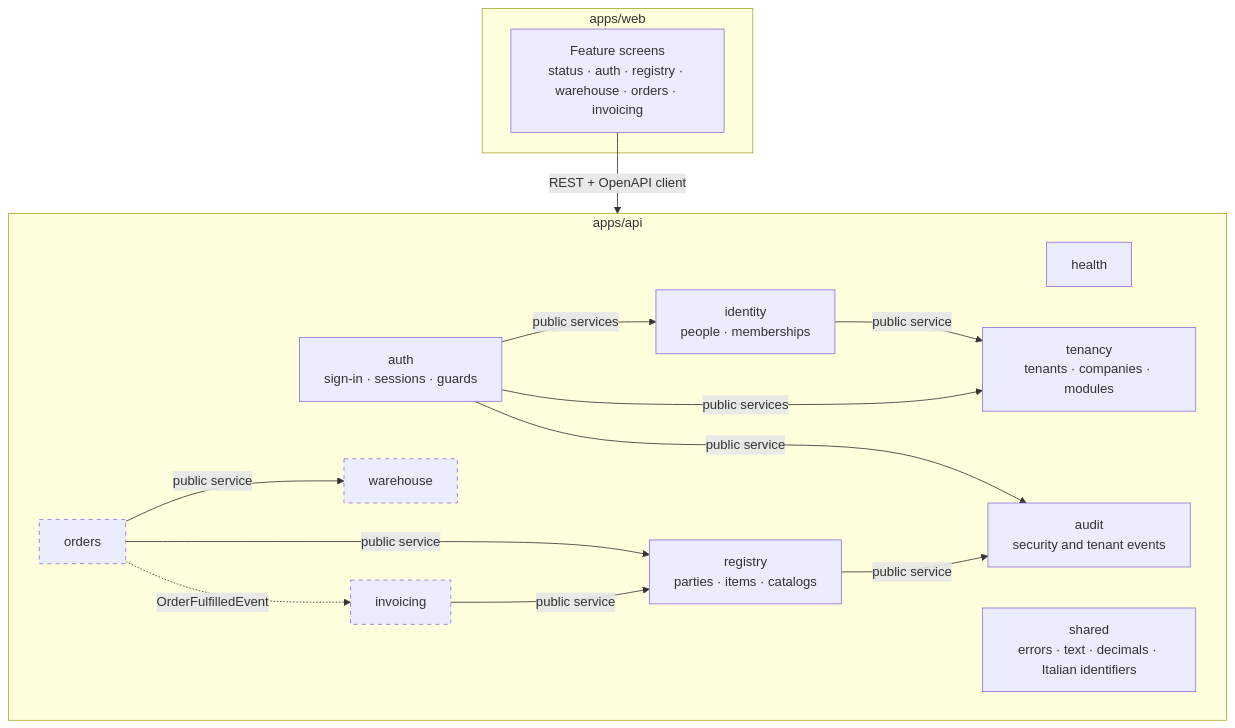
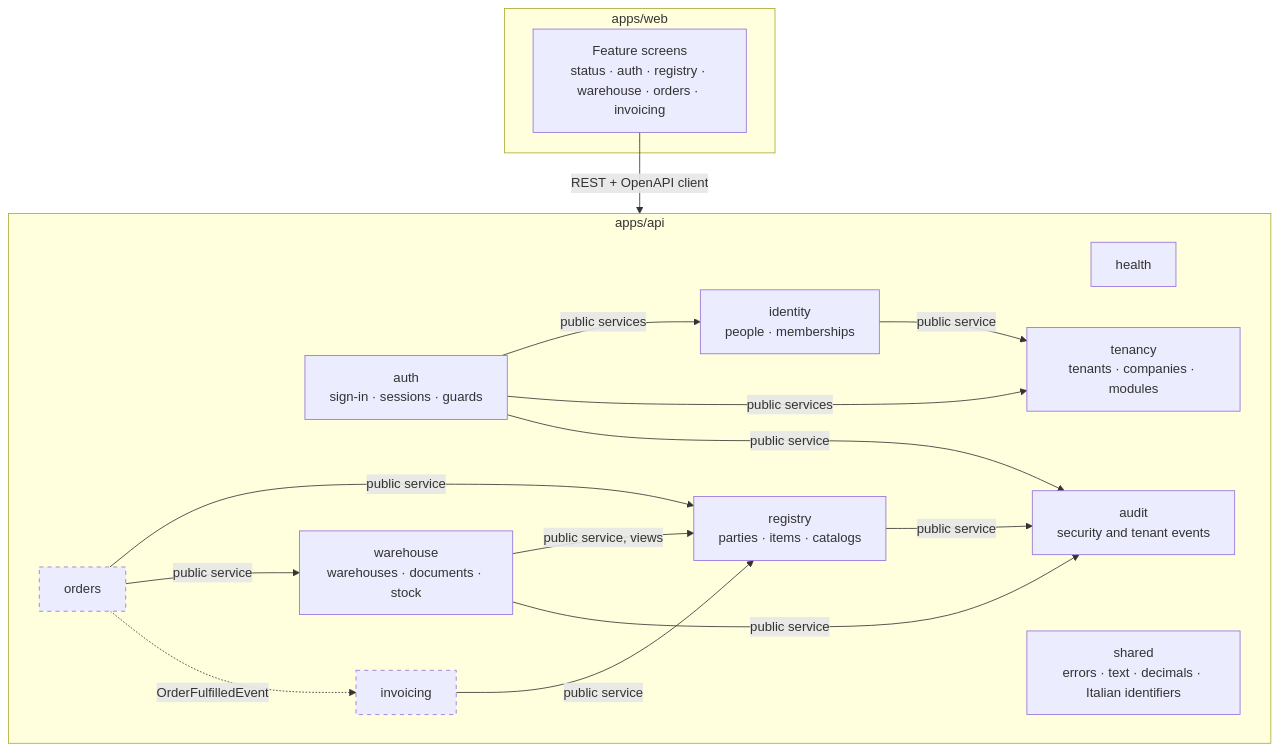
Before and after one commit to MicheleG14/mercurio: the sixth of 7 diagrams in docs/architecture.md, drawn with Mermaid. The commit also changed other lines of this file and 9 other files, not shown here.

First line of the commit message:
docs: warehouse, boundaries in SQL, documents created once

````diff
--- a/docs/architecture.md
+++ b/docs/architecture.md
@@ -197,33 +197,35 @@
 ```mermaid
 flowchart TB
     subgraph web[apps/web]
         ui[Feature screens<br/>status · auth · registry · warehouse · orders · invoicing]
     end
 
     subgraph api[apps/api]
         health[health]
         tenancy[tenancy<br/>tenants · companies · modules]
         identity[identity<br/>people · memberships]
         auth[auth<br/>sign-in · sessions · guards]
         audit[audit<br/>security and tenant events]
         registry[registry<br/>parties · items · catalogs]
-        warehouse[warehouse]
+        warehouse[warehouse<br/>warehouses · documents · stock]
         orders[orders]
         invoicing[invoicing]
         shared[shared<br/>errors · text · decimals · Italian identifiers]
     end
 
     ui -- REST + OpenAPI client --> api
     identity -- public service --> tenancy
     auth -- public services --> identity
     auth -- public services --> tenancy
     auth -- public service --> audit
     registry -- public service --> audit
+    warehouse -- public service, views --> registry
+    warehouse -- public service --> audit
     orders -- public service --> registry
     orders -- public service --> warehouse
     orders -. OrderFulfilledEvent .-> invoicing
     invoicing -- public service --> registry
 
     classDef planned stroke-dasharray: 5 5
-    class warehouse,orders,invoicing planned
+    class orders,invoicing planned
 ```
````
